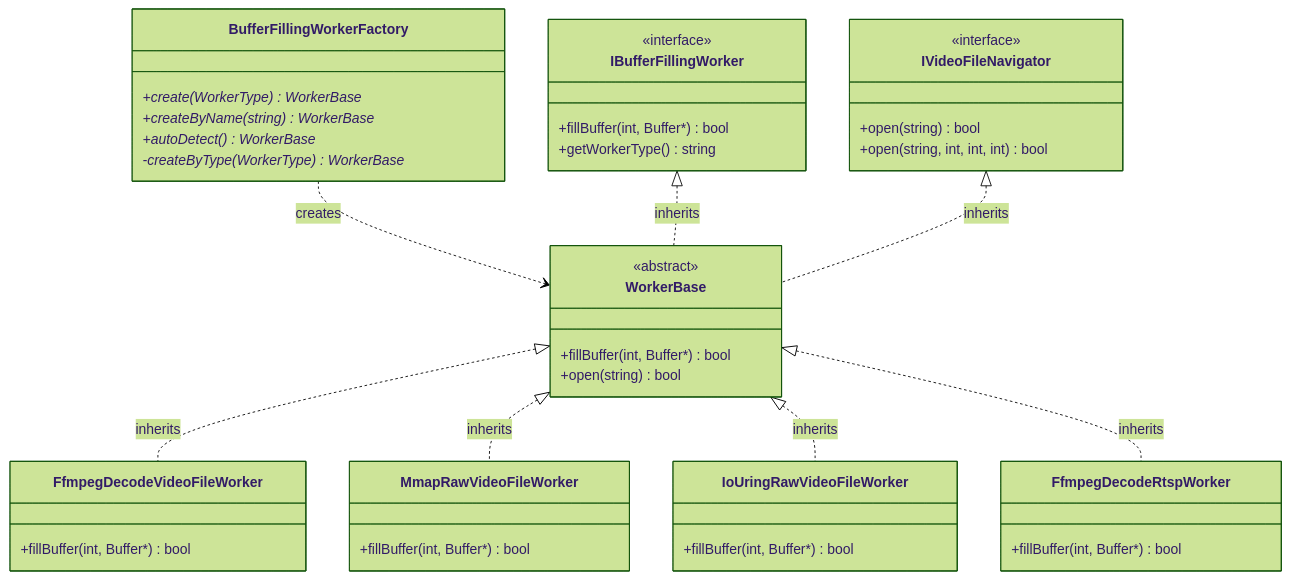
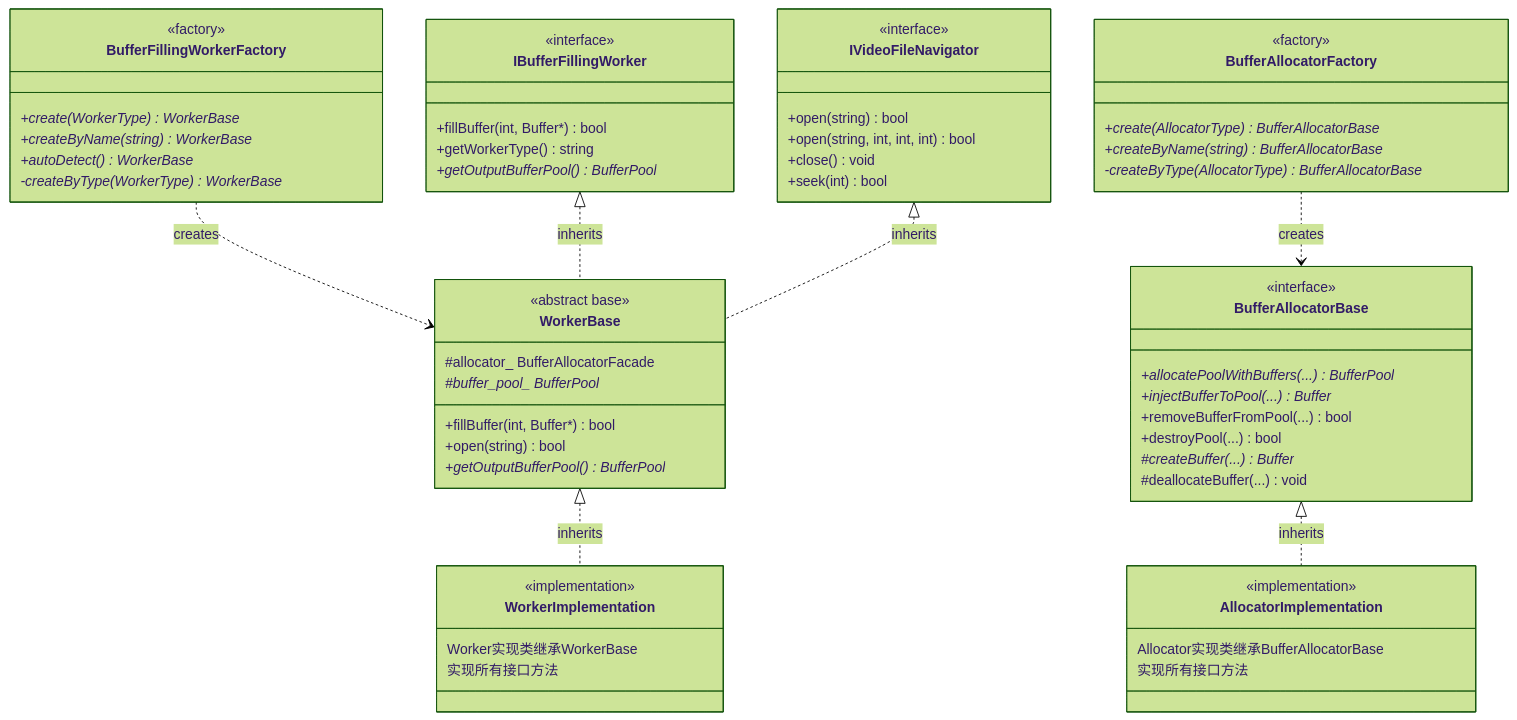
Before and after one commit to luoxiafeng-1990/components: the second of 6 diagrams in ARCHITECTURE.md, drawn with Mermaid (forest theme). The commit also changed other lines of this file and 22 other files, not shown here.

````diff
--- a/ARCHITECTURE.md
+++ b/ARCHITECTURE.md
@@ -703,51 +791,70 @@
 ```mermaid
 classDiagram
     class BufferFillingWorkerFactory {
+        <<factory>>
         +create(WorkerType) WorkerBase*
         +createByName(string) WorkerBase*
         +autoDetect() WorkerBase*
         -createByType(WorkerType) WorkerBase*
     }
     
+    class BufferAllocatorFactory {
+        <<factory>>
+        +create(AllocatorType) BufferAllocatorBase*
+        +createByName(string) BufferAllocatorBase*
+        -createByType(AllocatorType) BufferAllocatorBase*
+    }
+    
     class IBufferFillingWorker {
         <<interface>>
         +fillBuffer(int, Buffer*) bool
         +getWorkerType() string
+        +getOutputBufferPool() BufferPool*
     }
     
     class IVideoFileNavigator {
         <<interface>>
         +open(string) bool
         +open(string, int, int, int) bool
+        +close() void
+        +seek(int) bool
+    }
+    
+    class BufferAllocatorBase {
+        <<interface>>
+        +allocatePoolWithBuffers(...) BufferPool*
+        +injectBufferToPool(...) Buffer*
+        +removeBufferFromPool(...) bool
+        +destroyPool(...) bool
+        #createBuffer(...) Buffer*
+        #deallocateBuffer(...) void
     }
     
     class WorkerBase {
-        <<abstract>>
+        <<abstract base>>
         +fillBuffer(int, Buffer*) bool
         +open(string) bool
+        +getOutputBufferPool() BufferPool*
+        #allocator_ BufferAllocatorFacade
+        #buffer_pool_ BufferPool*
     }
     
-    class FfmpegDecodeVideoFileWorker {
-        +fillBuffer(int, Buffer*) bool
+    class WorkerImplementation {
+        <<implementation>>
+        Worker实现类继承WorkerBase
+        实现所有接口方法
     }
     
-    class MmapRawVideoFileWorker {
-        +fillBuffer(int, Buffer*) bool
-    }
-    
-    class IoUringRawVideoFileWorker {
-        +fillBuffer(int, Buffer*) bool
-    }
-    
-    class FfmpegDecodeRtspWorker {
-        +fillBuffer(int, Buffer*) bool
+    class AllocatorImplementation {
+        <<implementation>>
+        Allocator实现类继承BufferAllocatorBase
+        实现所有接口方法
     }
     
     BufferFillingWorkerFactory ..> WorkerBase : creates
+    BufferAllocatorFactory ..> BufferAllocatorBase : creates
     IBufferFillingWorker <|.. WorkerBase : inherits
     IVideoFileNavigator <|.. WorkerBase : inherits
-    WorkerBase <|.. FfmpegDecodeVideoFileWorker : inherits
-    WorkerBase <|.. MmapRawVideoFileWorker : inherits
-    WorkerBase <|.. IoUringRawVideoFileWorker : inherits
-    WorkerBase <|.. FfmpegDecodeRtspWorker : inherits
+    WorkerBase <|.. WorkerImplementation : inherits
+    BufferAllocatorBase <|.. AllocatorImplementation : inherits
 ```
````
